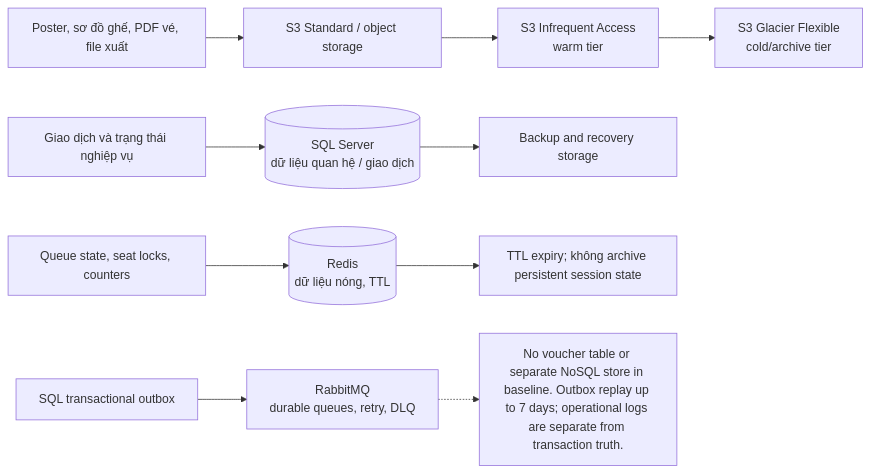
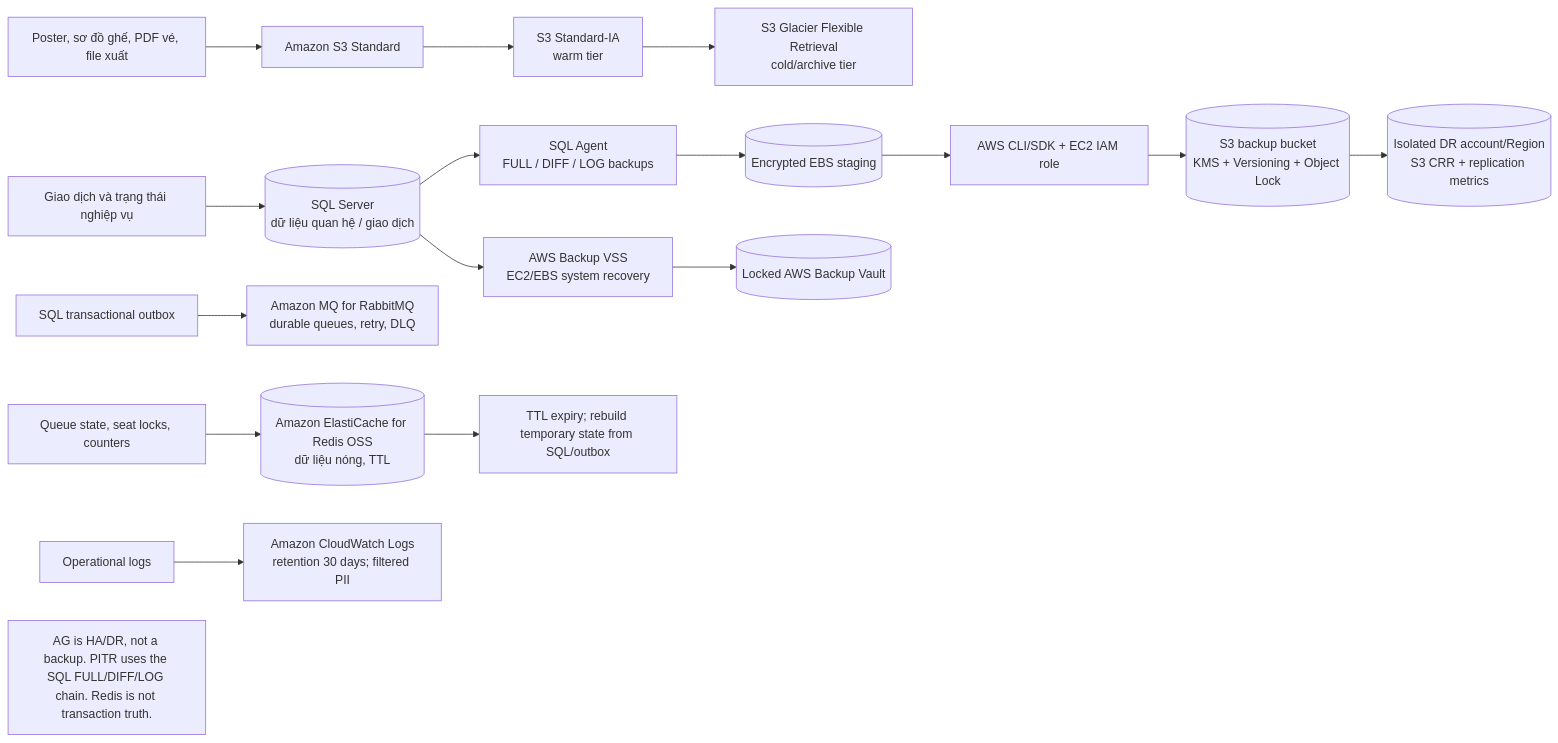
One commit to toanteng11/concert-ticketing-docs changed the diagram in business-analysis/04_Capacity_Planning_And_Resource_Estimation/02_Storage_Capacity_Estimation.md. Above: the diagram before and after it, drawn with Mermaid. The commit also changed other lines of this file and 43 other files, not shown here.

````diff
--- a/business-analysis/04_Capacity_Planning_And_Resource_Estimation/02_Storage_Capacity_Estimation.md
+++ b/business-analysis/04_Capacity_Planning_And_Resource_Estimation/02_Storage_Capacity_Estimation.md
@@ -123,12 +119,18 @@
 ```mermaid
 flowchart LR
   tx["Giao dịch và trạng thái nghiệp vụ"] --> sql[("SQL Server<br/>dữ liệu quan hệ / giao dịch")]
-  transient["Queue state, seat locks, counters"] --> redis[("Redis<br/>dữ liệu nóng, TTL")]
-  events["SQL transactional outbox"] --> broker["RabbitMQ<br/>durable queues, retry, DLQ"]
-  assets["Poster, sơ đồ ghế, PDF vé, file xuất"] --> s3["S3 Standard / object storage"]
-  s3 --> warm["S3 Infrequent Access<br/>warm tier"] --> cold["S3 Glacier Flexible<br/>cold/archive tier"]
-  sql --> backup["Backup and recovery storage"]
-  redis --> ttl["TTL expiry; không archive persistent session state"]
-  note["No voucher table or separate NoSQL store in baseline. Outbox replay up to 7 days; operational logs are separate from transaction truth."]
-  broker -.-> note
+  transient["Queue state, seat locks, counters"] --> redis[("Amazon ElastiCache for Redis OSS<br/>dữ liệu nóng, TTL")]
+  events["SQL transactional outbox"] --> broker["Amazon MQ for RabbitMQ<br/>durable queues, retry, DLQ"]
+  assets["Poster, sơ đồ ghế, PDF vé, file xuất"] --> s3["Amazon S3 Standard"]
+  s3 --> warm["S3 Standard-IA<br/>warm tier"] --> cold["S3 Glacier Flexible Retrieval<br/>cold/archive tier"]
+  sql --> agent["SQL Agent<br/>FULL / DIFF / LOG backups"]
+  agent --> stage[("Encrypted EBS staging")]
+  stage --> uploader["AWS CLI/SDK + EC2 IAM role"]
+  uploader --> bkp[("S3 backup bucket<br/>KMS + Versioning + Object Lock")]
+  bkp --> repl[("Isolated DR account/Region<br/>S3 CRR + replication metrics")]
+  sql --> vss["AWS Backup VSS<br/>EC2/EBS system recovery"]
+  vss --> vault[("Locked AWS Backup Vault")]
+  redis --> ttl["TTL expiry; rebuild temporary state from SQL/outbox"]
+  opslog["Operational logs"] --> cwlogs["Amazon CloudWatch Logs<br/>retention 30 days; filtered PII"]
+  note["AG is HA/DR, not a backup. PITR uses the SQL FULL/DIFF/LOG chain. Redis is not transaction truth."]
 ```
````
